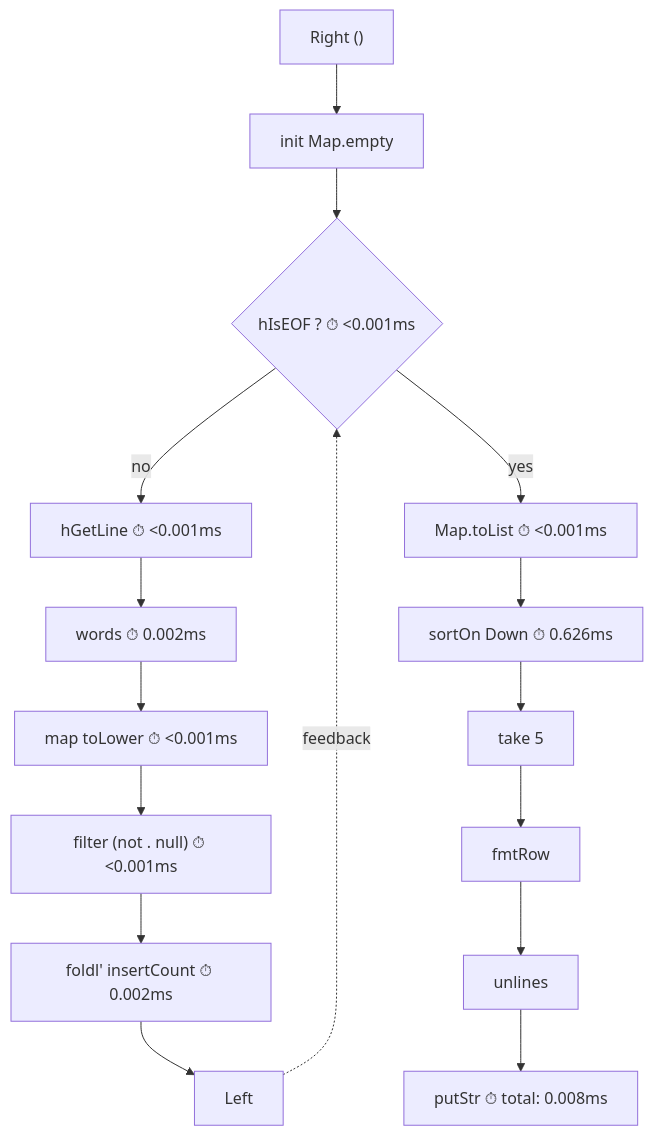
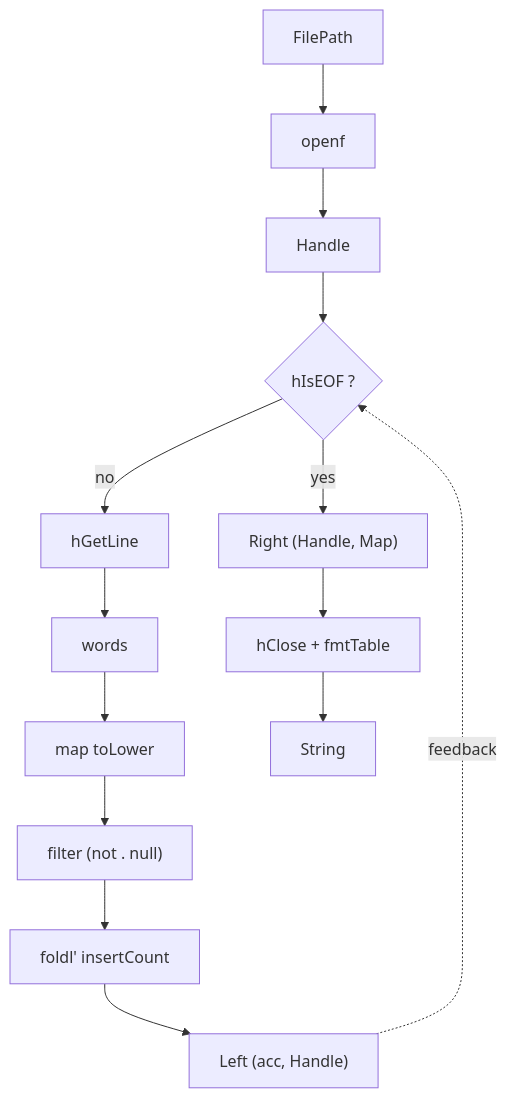
The diagram in examples/words.md (tonyday567/circuits), drawn with Mermaid before and after one commit. The commit also changed other lines of this file, not shown here.

First line of the commit message:
Simplify words example to producer-consumer style

````diff
--- a/examples/words.md
+++ b/examples/words.md
@@ -12,19 +12,16 @@
 ```mermaid
 flowchart TD
-    B["Right ()"] --> C["init Map.empty"]
-        C --> D{"hIsEOF ? ⏱ <0.001ms"}
-        D -->|"no"| E["hGetLine ⏱ <0.001ms"]
-        E --> F["words ⏱ 0.002ms"]
-        F --> G["map toLower ⏱ <0.001ms"]
-        G --> H["filter (not . null) ⏱ <0.001ms"]
-        H --> I["foldl' insertCount ⏱ 0.002ms"]
-        I --> J["Left"]
-        J -.->|"feedback"| D
-
-    D -->|"yes"| K["Map.toList ⏱ <0.001ms"]
-    K --> L["sortOn Down ⏱ 0.626ms"]
-    L --> M["take 5"]
-    M --> N["fmtRow"]
-    N --> O["unlines"]
-    O --> P["putStr ⏱ total: 0.008ms"]
+    A["FilePath"] --> B["openf"]
+    B --> C["Handle"]
+    C --> D{"hIsEOF ?"}
+    D -->|"no"| E["hGetLine"]
+    E --> F["words"]
+    F --> G["map toLower"]
+    G --> H["filter (not . null)"]
+    H --> I["foldl' insertCount"]
+    I --> J["Left (acc, Handle)"]
+    J -.->|"feedback"| D
+    D -->|"yes"| K["Right (Handle, Map)"]
+    K --> L["hClose + fmtTable"]
+    L --> M["String"]
 ```
````
